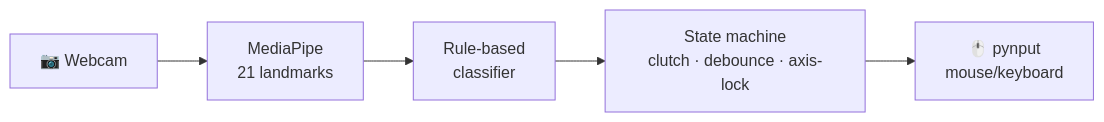
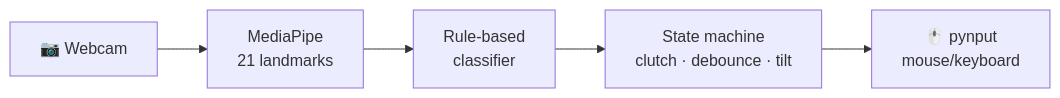
The diagram in README.en.md (pilgrimdelamare/MaraMouse), drawn with Mermaid before and after one commit. The commit also changed other lines of this file and 1 other file, not shown here.

````diff
--- a/README.en.md
+++ b/README.en.md
@@ -100,7 +101,7 @@
 ```mermaid
 flowchart LR
     A[📷 Webcam] --> B[MediaPipe<br/>21 landmarks]
     B --> C[Rule-based<br/>classifier]
-    C --> D[State machine<br/>clutch · debounce · axis-lock]
+    C --> D[State machine<br/>clutch · debounce · tilt]
     D --> E[🖱️ pynput<br/>mouse/keyboard]
 ```
````
